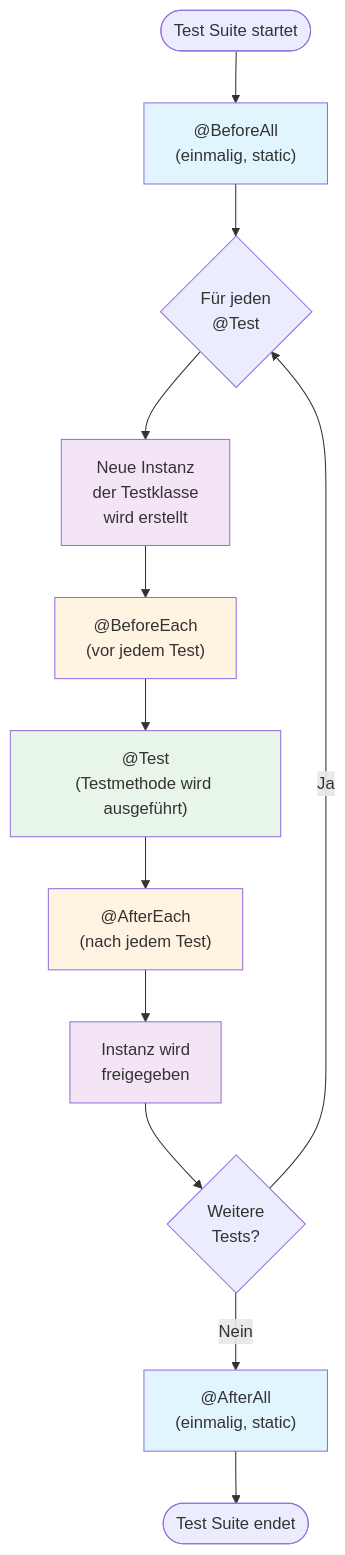
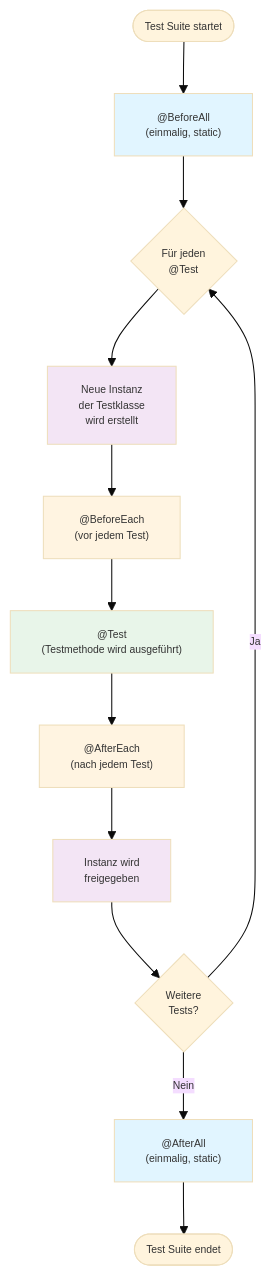
Before and after one commit to zahraabouzeid/vault: the second of 2 diagrams in content/Source/Unit Testing and JUnit.md, drawn with Mermaid. The commit also changed other lines of this file and 27 other files, not shown here.

````diff
--- a/content/Source/Unit Testing and JUnit.md
+++ b/content/Source/Unit Testing and JUnit.md
@@ -465,27 +491,28 @@
 ```mermaid
 flowchart TD
+%%{init: {'theme':'base', 'themeVariables': { 'fontSize':'10px'}}}%%
     Start([Test Suite startet])
     Start --> BeforeAll["@BeforeAll<br/>(einmalig, static)"]
     
     BeforeAll --> Loop{Für jeden<br/>@Test}
     
     Loop --> NewInstance["Neue Instanz<br/>der Testklasse<br/>wird erstellt"]
     NewInstance --> BeforeEach["@BeforeEach<br/>(vor jedem Test)"]
     BeforeEach --> Test["@Test<br/>(Testmethode wird ausgeführt)"]
     Test --> AfterEach["@AfterEach<br/>(nach jedem Test)"]
     AfterEach --> Destroy["Instanz wird<br/>freigegeben"]
     
     Destroy --> MoreTests{Weitere<br/>Tests?}
     MoreTests -->|Ja| Loop
     MoreTests -->|Nein| AfterAll["@AfterAll<br/>(einmalig, static)"]
     
     AfterAll --> End([Test Suite endet])
     
     style BeforeAll fill:#e1f5ff
     style AfterAll fill:#e1f5ff
     style BeforeEach fill:#fff4e1
     style AfterEach fill:#fff4e1
     style Test fill:#e8f5e9
     style NewInstance fill:#f3e5f5
     style Destroy fill:#f3e5f5
 ```
````
